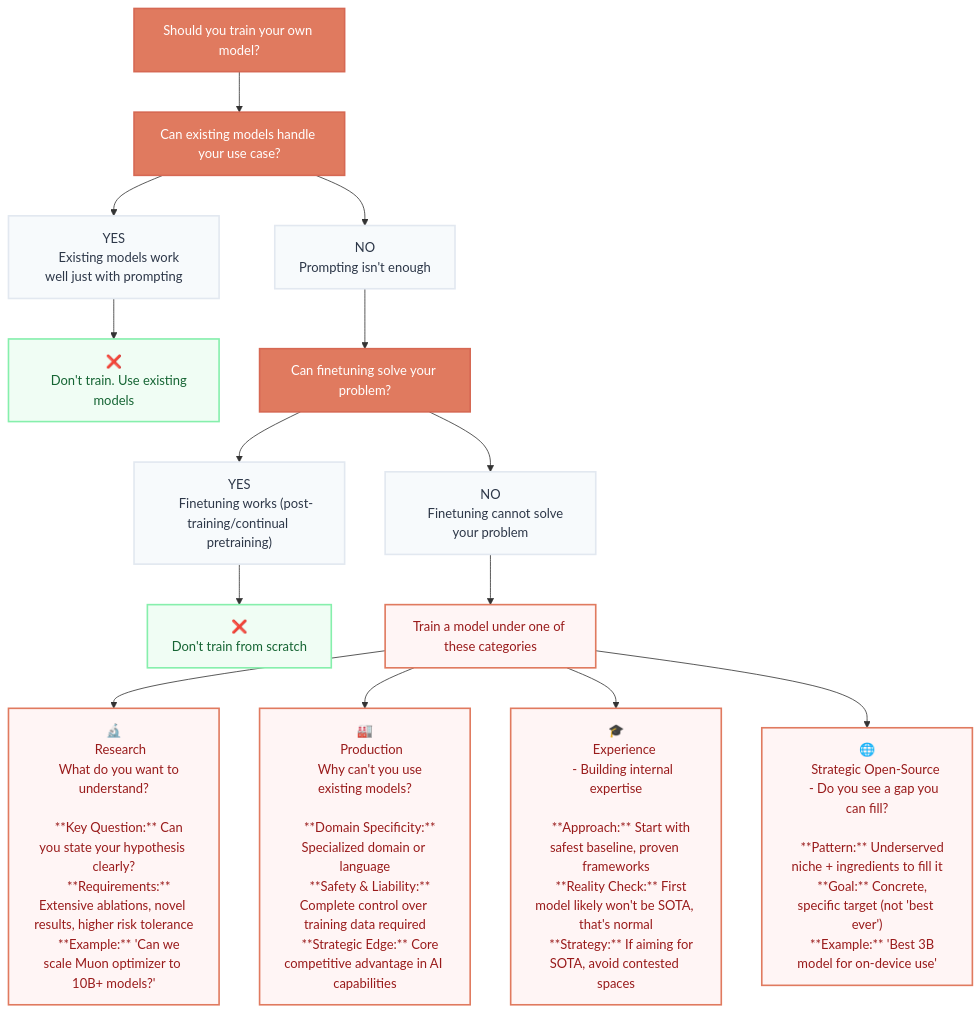
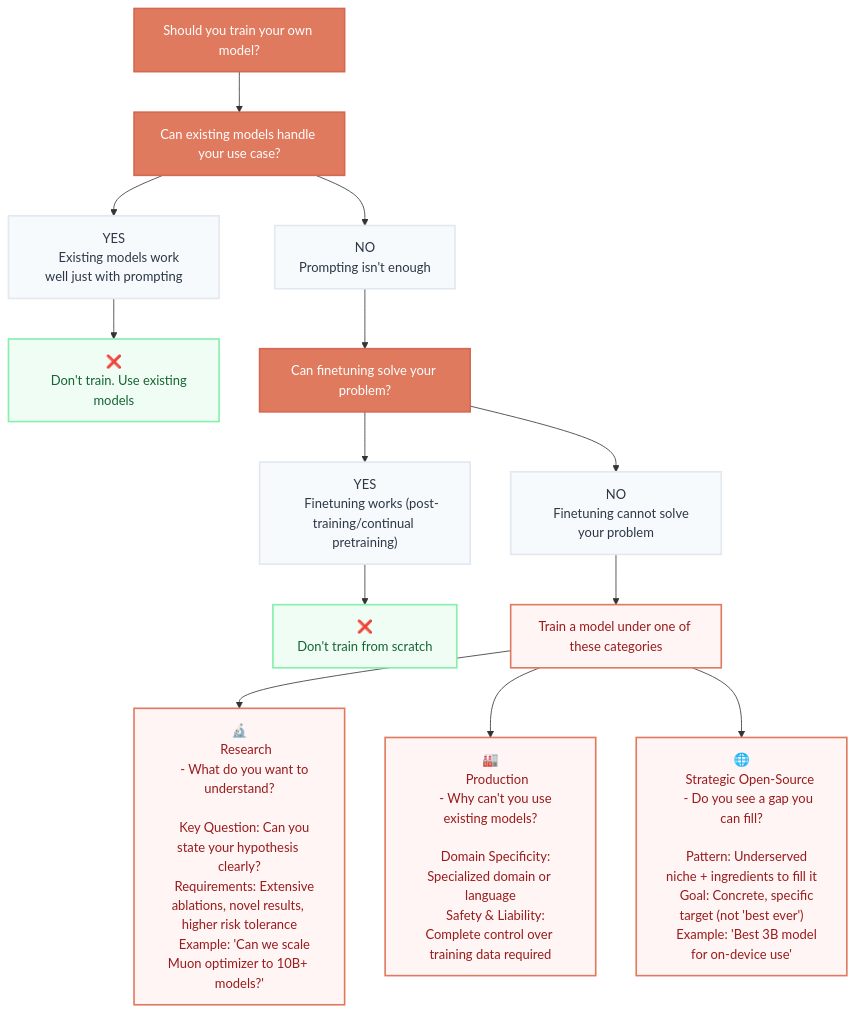
The first of 7 diagrams in app/src/content/article.mdx (tfrere/research-article-template), drawn with Mermaid before and after one commit. The commit also changed other lines of this file and 164 other files, not shown here.

````diff
--- a/app/src/content/article.mdx
+++ b/app/src/content/article.mdx
@@ -118,63 +147,55 @@
 ```mermaid
 flowchart TD
     A["Should you train your own model?"] --> B["Can existing models handle your use case?"]
     
     B --> C["YES
     Existing models work well just with prompting"]
     B --> D["NO
     Prompting isn't enough"]
     
     C --> E["❌
     Don't train. Use existing models"]
     
     D --> F["Can finetuning solve your problem?"]
     
     F --> G["YES
     Finetuning works (post-training/continual pretraining)"]
     F --> H["NO
     Finetuning cannot solve your problem"]
     
     G --> I["❌
     Don't train from scratch"]
     
     H --> J["Train a model under one of these categories"]
     
     J --> K["🔬
     Research
-    What do you want to understand?
+    - What do you want to understand?
     
-    **Key Question:** Can you state your hypothesis clearly?
-    **Requirements:** Extensive ablations, novel results, higher risk tolerance
-    **Example:** 'Can we scale Muon optimizer to 10B+ models?'"]
+    Key Question: Can you state your hypothesis clearly?
+    Requirements: Extensive ablations, novel results, higher risk tolerance
+    Example: 'Can we scale Muon optimizer to 10B+ models?'"]
     J --> L["🏭
     Production
-    Why can't you use existing models?
+    - Why can't you use existing models?
     
-    **Domain Specificity:** Specialized domain or language
-    **Safety & Liability:** Complete control over training data required
-    **Strategic Edge:** Core competitive advantage in AI capabilities"]
-    J --> M["🎓
-     Experience
-     - Building internal expertise
-    
-    **Approach:** Start with safest baseline, proven frameworks
-    **Reality Check:** First model likely won't be SOTA, that's normal
-    **Strategy:** If aiming for SOTA, avoid contested spaces"]
+    Domain Specificity: Specialized domain or language
+    Safety & Liability: Complete control over training data required"]
     J --> N["🌐
      Strategic Open-Source
      - Do you see a gap you can fill?
     
-    **Pattern:** Underserved niche + ingredients to fill it
-    **Goal:** Concrete, specific target (not 'best ever')
-    **Example:** 'Best 3B model for on-device use'"]
+    Pattern: Underserved niche + ingredients to fill it
+    Goal: Concrete, specific target (not 'best ever')
+    Example: 'Best 3B model for on-device use'"]
     
     classDef question fill:#e07a5f,stroke:#d66853,stroke-width:2px,color:#fff
     classDef decision fill:#f7fafc,stroke:#e2e8f0,stroke-width:2px,color:#2d3748
     classDef conclusion fill:#f0fdf4,stroke:#86efac,stroke-width:2px,color:#166534
     classDef category fill:#fff5f5,stroke:#e07a5f,stroke-width:2px,color:#991b1b
     
     class A,B,F question
     class C,D,G,H decision
     class E,I conclusion
-    class J,K,L,M,N category
+    class J,K,L,N category
 ```
````
